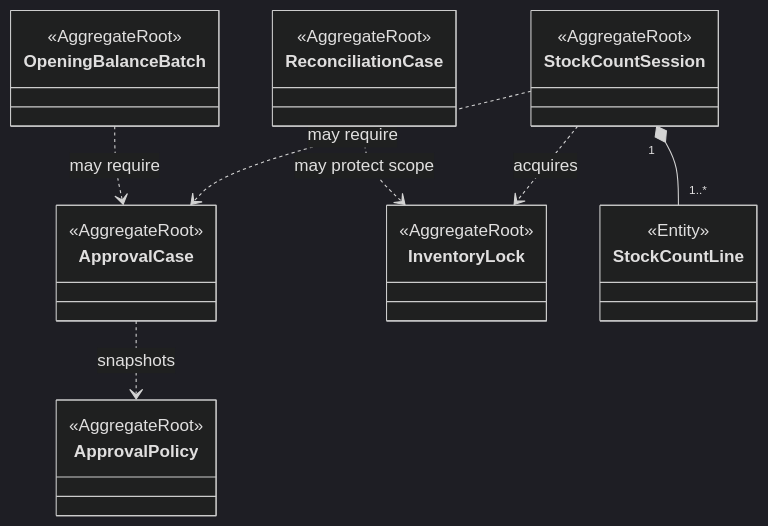
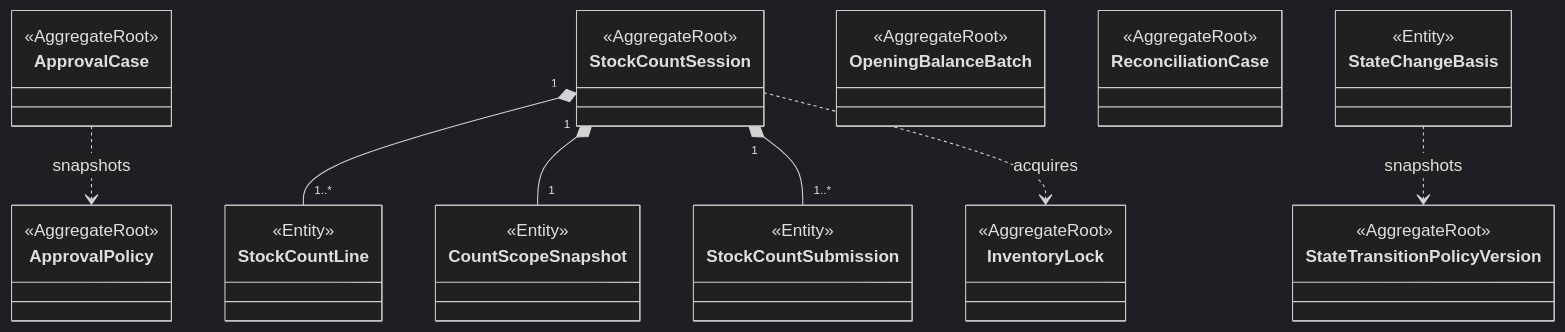
One commit to DsChien102/erp-sales-inventory changed the second of 4 diagrams in specs/themes/theme-07/02.specification/domain/domain-foundation/DOM-IC.md. Above: the diagram before and after it, drawn with Mermaid (dark theme). The commit also changed other lines of this file and 4136 other files, not shown here.

````diff
--- a/specs/themes/theme-07/02.specification/domain/domain-foundation/DOM-IC.md
+++ b/specs/themes/theme-07/02.specification/domain/domain-foundation/DOM-IC.md
@@ -109,31 +75,20 @@
 ```mermaid
 classDiagram
-    class ApprovalPolicy {
-        <<AggregateRoot>>
-    }
-    class ApprovalCase {
-        <<AggregateRoot>>
-    }
-    class InventoryLock {
-        <<AggregateRoot>>
-    }
-    class StockCountSession {
-        <<AggregateRoot>>
-    }
-    class StockCountLine {
-        <<Entity>>
-    }
-    class OpeningBalanceBatch {
-        <<AggregateRoot>>
-    }
-    class ReconciliationCase {
-        <<AggregateRoot>>
-    }
-
+    class ApprovalPolicy { <<AggregateRoot>> }
+    class ApprovalCase { <<AggregateRoot>> }
+    class InventoryLock { <<AggregateRoot>> }
+    class StockCountSession { <<AggregateRoot>> }
+    class StockCountLine { <<Entity>> }
+    class CountScopeSnapshot { <<Entity>> }
+    class StockCountSubmission { <<Entity>> }
+    class OpeningBalanceBatch { <<AggregateRoot>> }
+    class ReconciliationCase { <<AggregateRoot>> }
+    class StateTransitionPolicyVersion { <<AggregateRoot>> }
+    class StateChangeBasis { <<Entity>> }
+    StockCountSession "1" *-- "1..*" StockCountLine
+    StockCountSession "1" *-- "1" CountScopeSnapshot
+    StockCountSession "1" *-- "1..*" StockCountSubmission
     ApprovalCase ..> ApprovalPolicy : snapshots
-    StockCountSession "1" *-- "1..*" StockCountLine
     StockCountSession ..> InventoryLock : acquires
-    StockCountSession ..> ApprovalCase : may require
-    OpeningBalanceBatch ..> ApprovalCase : may require
-    ReconciliationCase ..> InventoryLock : may protect scope
+    StateChangeBasis ..> StateTransitionPolicyVersion : snapshots
 ```
````
